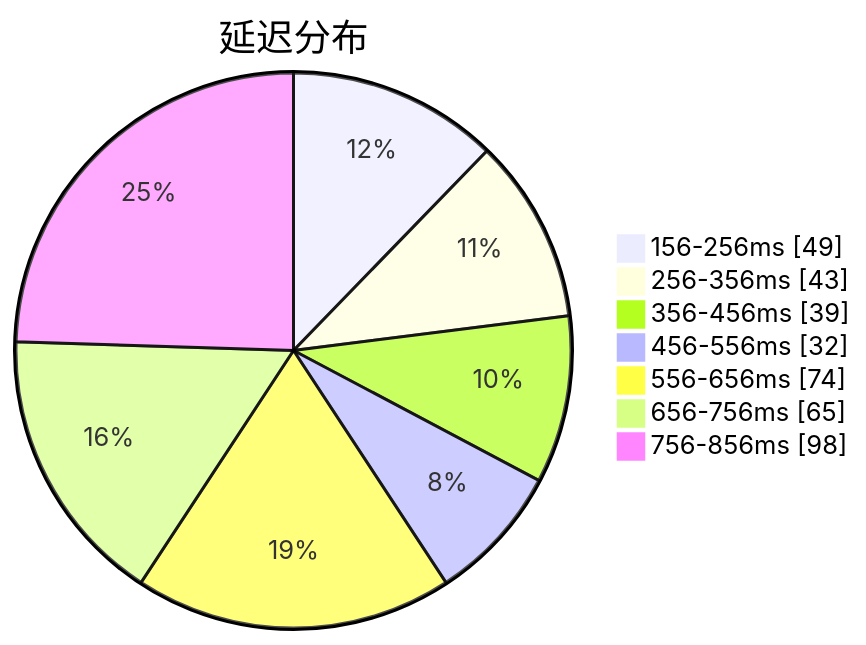
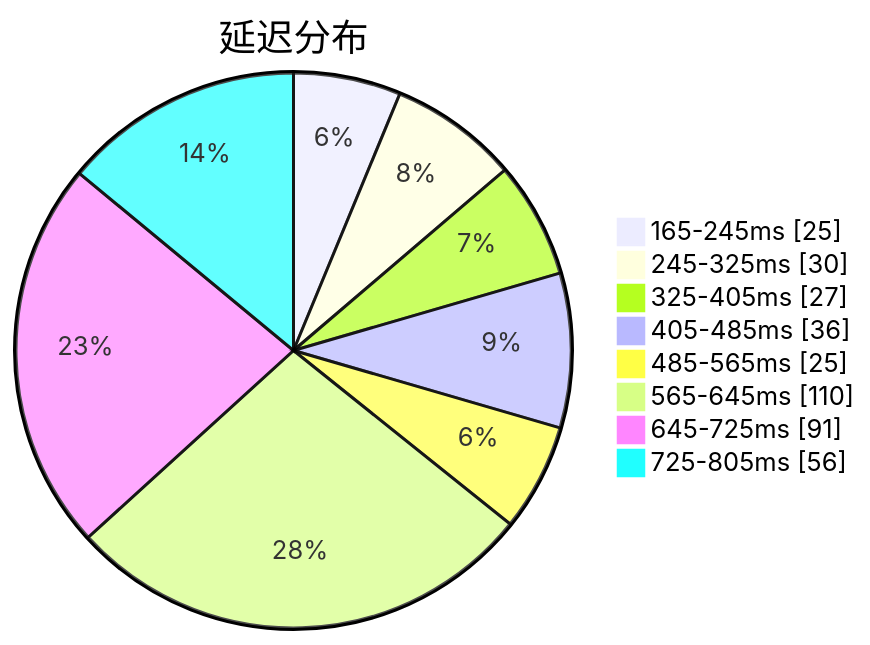
The first of 3 diagrams in subs/statistics/tested_within.md (qjlxg/airport), drawn with Mermaid before and after one commit. The commit also changed other lines of this file and 2 other files, not shown here.

Commit message:
Tested by metaST

````diff
--- a/subs/statistics/tested_within.md
+++ b/subs/statistics/tested_within.md
@@ -2,11 +2,12 @@
 ```mermaid
 pie showData
 title 延迟分布
-"156-256ms" : 49
-"256-356ms" : 43
-"356-456ms" : 39
-"456-556ms" : 32
-"556-656ms" : 74
-"656-756ms" : 65
-"756-856ms" : 98
+"165-245ms" : 25
+"245-325ms" : 30
+"325-405ms" : 27
+"405-485ms" : 36
+"485-565ms" : 25
+"565-645ms" : 110
+"645-725ms" : 91
+"725-805ms" : 56
 ```
````
